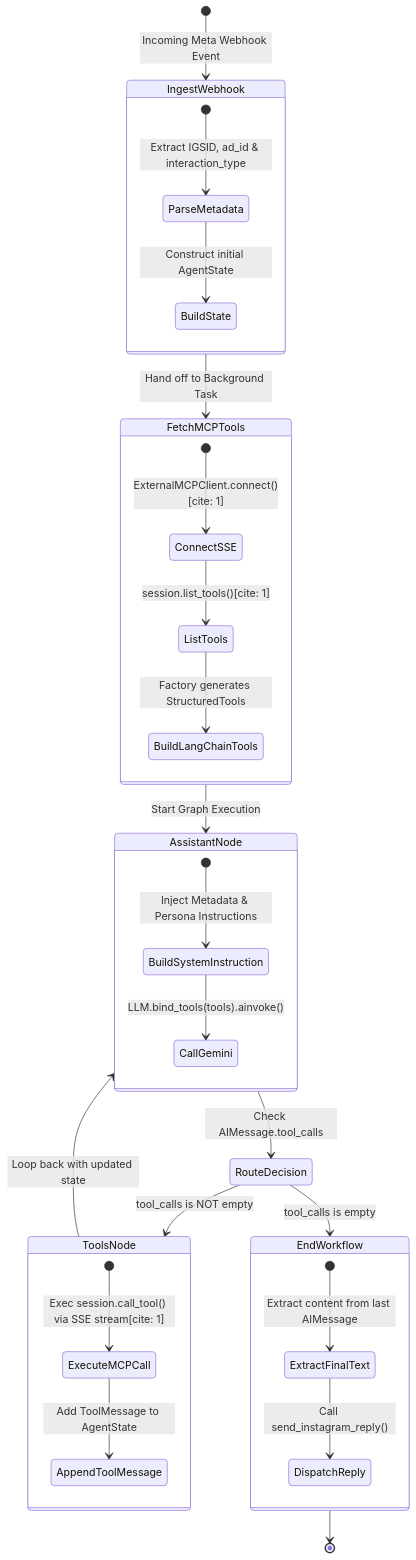
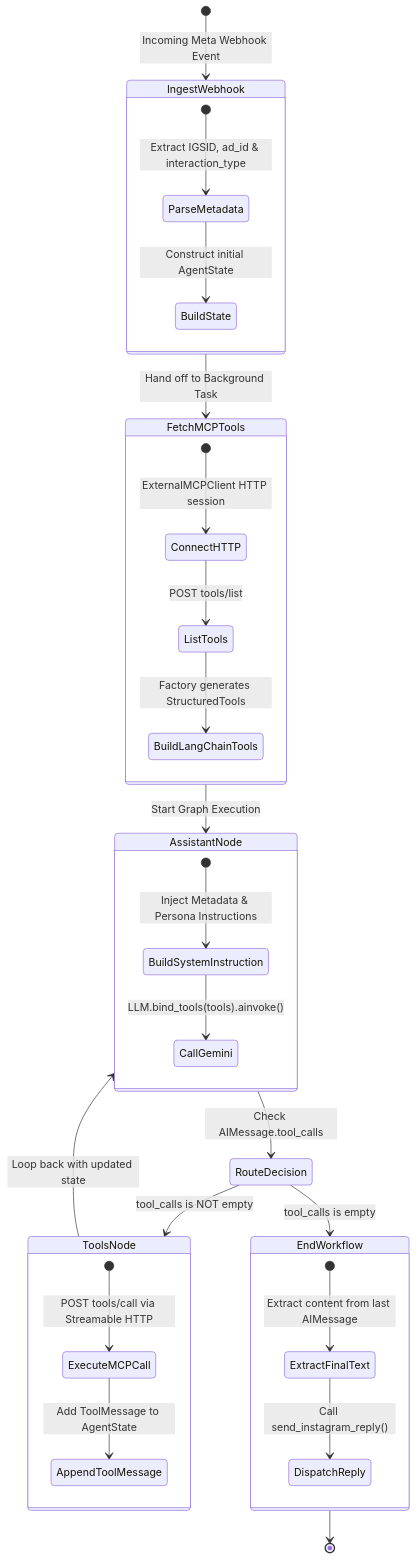
One commit to worldhorizontechnology/services changed the fourth of 5 diagrams in docs/spec/instagram.sales_bot.md. Above: the diagram before and after it, drawn with Mermaid. The commit also changed other lines of this file and 3 other files, not shown here.

````diff
--- a/docs/spec/instagram.sales_bot.md
+++ b/docs/spec/instagram.sales_bot.md
@@ -169,45 +169,45 @@
 ```mermaid
 stateDiagram-v2
     [*] --> IngestWebhook: Incoming Meta Webhook Event
 
     state IngestWebhook {
         [*] --> ParseMetadata: Extract IGSID, ad_id & interaction_type
         ParseMetadata --> BuildState: Construct initial AgentState
     }
 
     IngestWebhook --> FetchMCPTools: Hand off to Background Task
 
     state FetchMCPTools {
-        [*] --> ConnectSSE: ExternalMCPClient.connect()[cite: 1]
-        ConnectSSE --> ListTools: session.list_tools()[cite: 1]
+        [*] --> ConnectHTTP: ExternalMCPClient HTTP session
+        ConnectHTTP --> ListTools: POST tools/list
         ListTools --> BuildLangChainTools: Factory generates StructuredTools
     }
 
     FetchMCPTools --> AssistantNode: Start Graph Execution
 
     state AssistantNode {
         [*] --> BuildSystemInstruction: Inject Metadata & Persona Instructions
         BuildSystemInstruction --> CallGemini: LLM.bind_tools(tools).ainvoke()
     }
 
     AssistantNode --> RouteDecision: Check AIMessage.tool_calls
 
     state RouteDecision <<choice>>
     RouteDecision --> ToolsNode: tool_calls is NOT empty
     RouteDecision --> EndWorkflow: tool_calls is empty
 
     state ToolsNode {
-        [*] --> ExecuteMCPCall: Exec session.call_tool() via SSE stream[cite: 1]
+        [*] --> ExecuteMCPCall: POST tools/call via Streamable HTTP
         ExecuteMCPCall --> AppendToolMessage: Add ToolMessage to AgentState
     }
 
     ToolsNode --> AssistantNode: Loop back with updated state
 
     state EndWorkflow {
         [*] --> ExtractFinalText: Extract content from last AIMessage
         ExtractFinalText --> DispatchReply: Call send_instagram_reply()
     }
 
     EndWorkflow --> [*]
 
 ```
````
